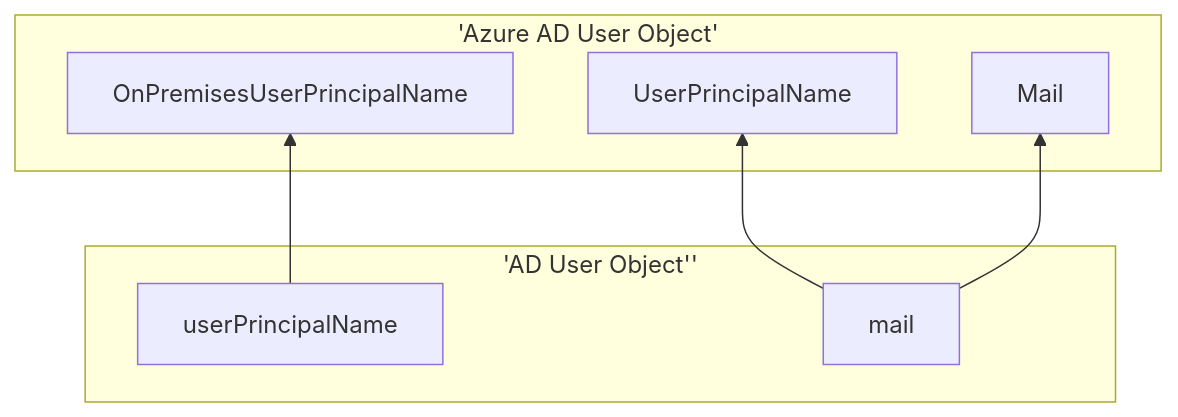
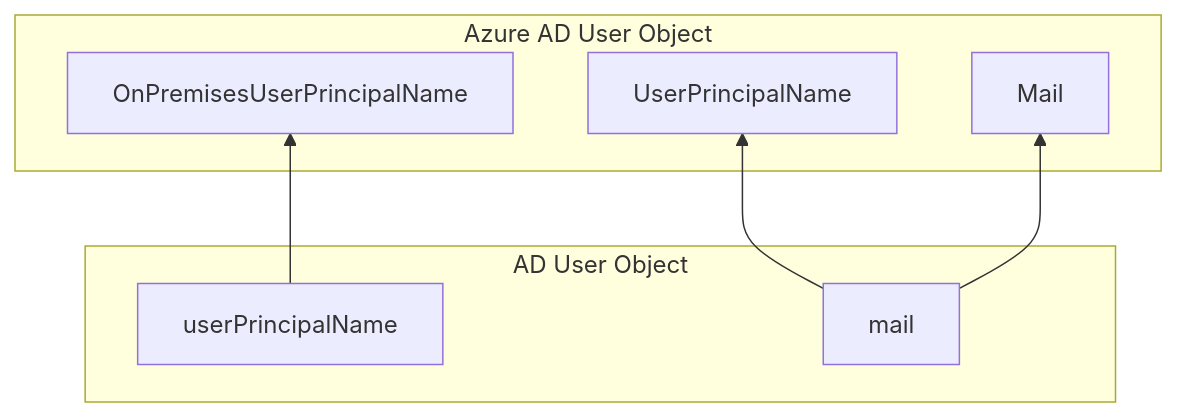
One commit to amasse3/AzureAD-Baseline-MLZ changed the diagram in doc/AAD-CertificateBasedAuthentication-DODPKI.md. Above: the diagram before and after it, drawn with Mermaid.

`````diff
--- a/doc/AAD-CertificateBasedAuthentication-DODPKI.md
+++ b/doc/AAD-CertificateBasedAuthentication-DODPKI.md
@@ -25,15 +25,15 @@
 ````mermaid
 flowchart BT
-    subgraph 'Azure AD User Object'
+    subgraph Azure AD User Object
     UserPrincipalName
     OnPremisesUserPrincipalName
     Mail
     end
-    subgraph 'AD User Object''
+    subgraph AD User Object
     userPrincipalName
     mail
     end
     userPrincipalName-->OnPremisesUserPrincipalName
     mail-->UserPrincipalName
     mail-->Mail
 ````
`````
